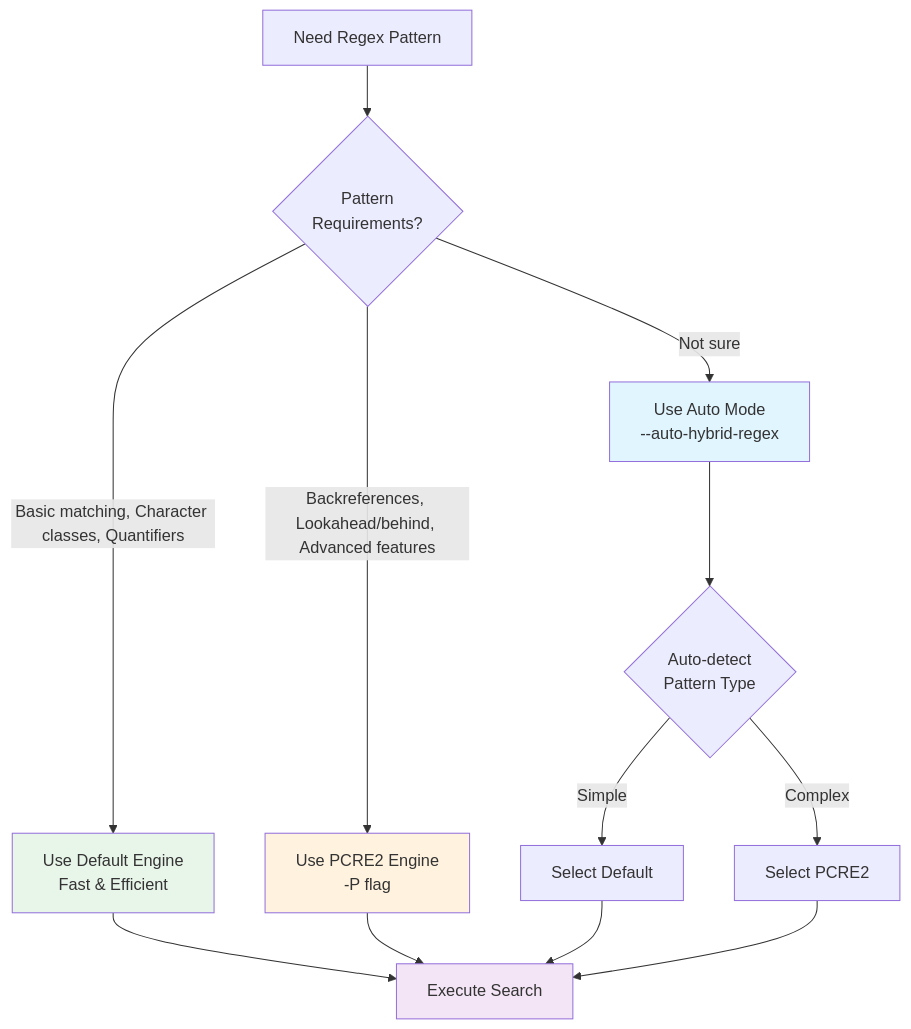
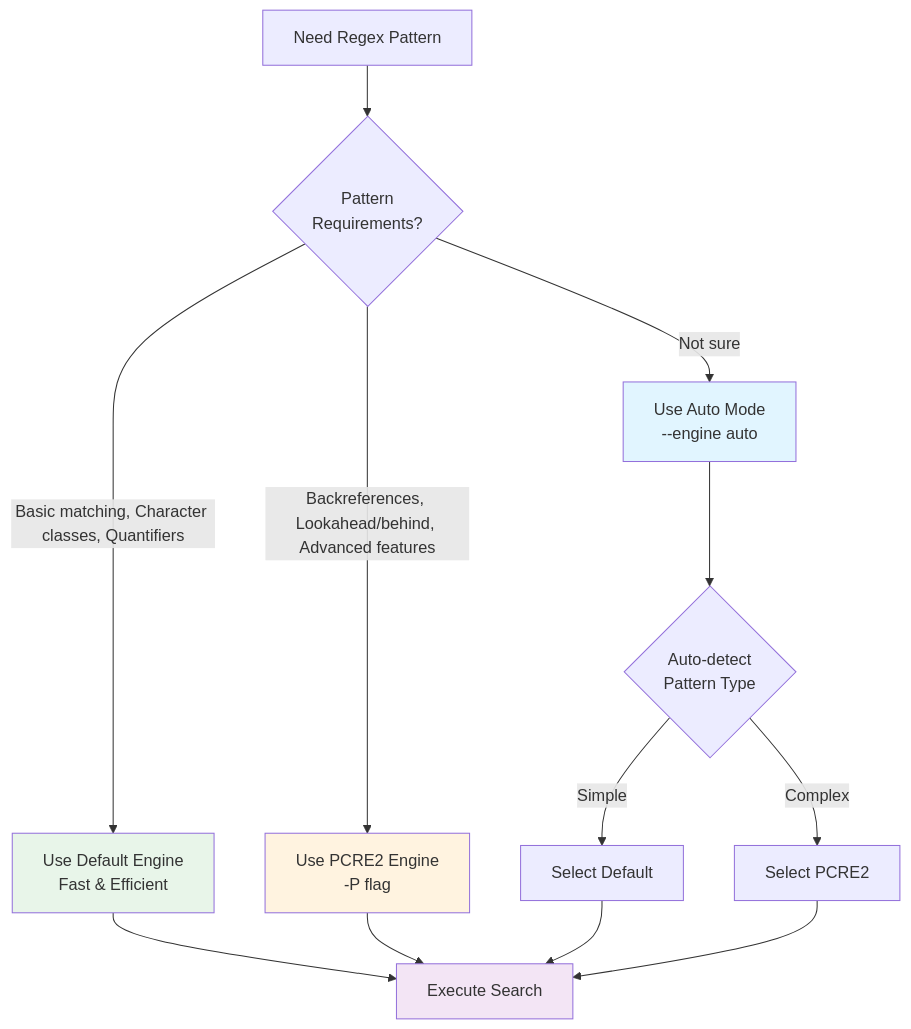
One commit to iepathos/ripgrep changed the diagram in docs/basics/regex-basics.md. Above: the diagram before and after it, drawn with Mermaid. The commit also changed other lines of this file, not shown here.

First line of the commit message:
docs: fix drift in ripgrep page 'regex basics'

````diff
--- a/docs/basics/regex-basics.md
+++ b/docs/basics/regex-basics.md
@@ -189,26 +191,26 @@
 ```mermaid
 flowchart TD
     Start[Need Regex Pattern] --> Check{"Pattern
 Requirements?"}
 
     Check -->|Basic matching, Character classes, Quantifiers| Default["Use Default Engine
 Fast &amp; Efficient"]
     Check -->|Backreferences, Lookahead/behind, Advanced features| PCRE["Use PCRE2 Engine
 -P flag"]
     Check -->|Not sure| Auto["Use Auto Mode
---auto-hybrid-regex"]
+--engine auto"]
 
     Default --> Search[Execute Search]
     PCRE --> Search
     Auto --> Detect{"Auto-detect
 Pattern Type"}
     Detect -->|Simple| UseDefault[Select Default]
     Detect -->|Complex| UsePCRE[Select PCRE2]
     UseDefault --> Search
     UsePCRE --> Search
 
     style Default fill:#e8f5e9
     style PCRE fill:#fff3e0
     style Auto fill:#e1f5ff
     style Search fill:#f3e5f5
 ```
````
